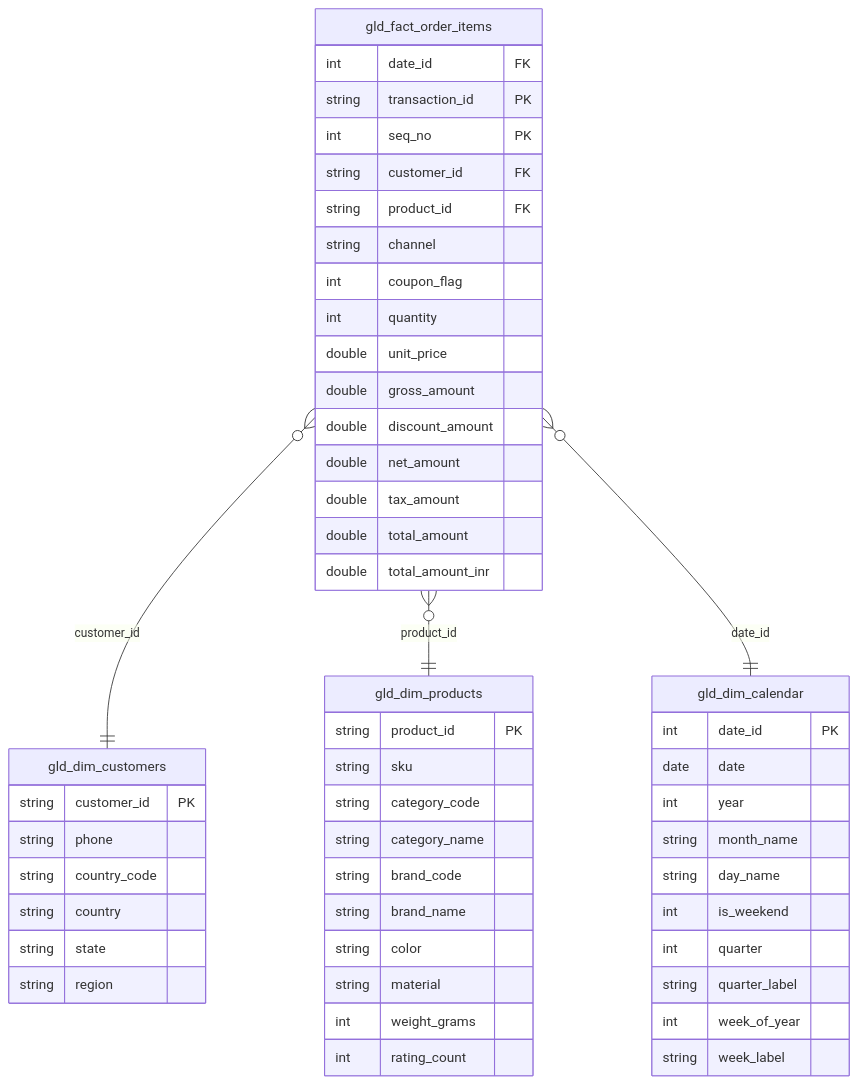
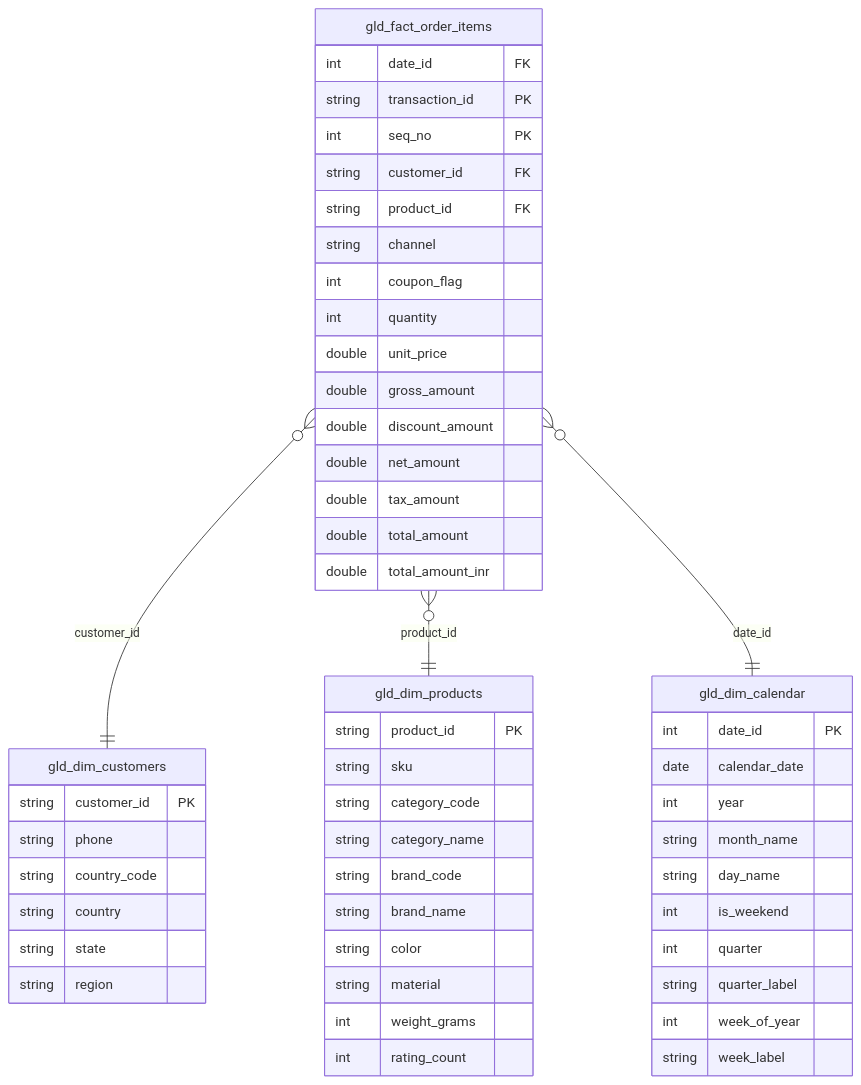
One commit to atchyuthd/databricks-medallion-pipeline changed the second of 2 diagrams in README.md. Above: the diagram before and after it, drawn with Mermaid.

Commit message:
Rename 'date' to 'calendar_date' in README

````diff
--- a/README.md
+++ b/README.md
@@ -65,59 +65,59 @@
 ```mermaid
 erDiagram
     gld_fact_order_items }o--|| gld_dim_customers : customer_id
     gld_fact_order_items }o--|| gld_dim_products : product_id
     gld_fact_order_items }o--|| gld_dim_calendar : date_id
 
     gld_fact_order_items {
         int date_id FK
         string transaction_id PK
         int seq_no PK
         string customer_id FK
         string product_id FK
         string channel
         int coupon_flag
         int quantity
         double unit_price
         double gross_amount
         double discount_amount
         double net_amount
         double tax_amount
         double total_amount
         double total_amount_inr
     }
 
     gld_dim_customers {
         string customer_id PK
         string phone
         string country_code
         string country
         string state
         string region
     }
 
     gld_dim_products {
         string product_id PK
         string sku
         string category_code
         string category_name
         string brand_code
         string brand_name
         string color
         string material
         int weight_grams
         int rating_count
     }
 
     gld_dim_calendar {
         int date_id PK
-        date date
+        date calendar_date
         int year
         string month_name
         string day_name
         int is_weekend
         int quarter
         string quarter_label
         int week_of_year
         string week_label
     }
 ```
````
